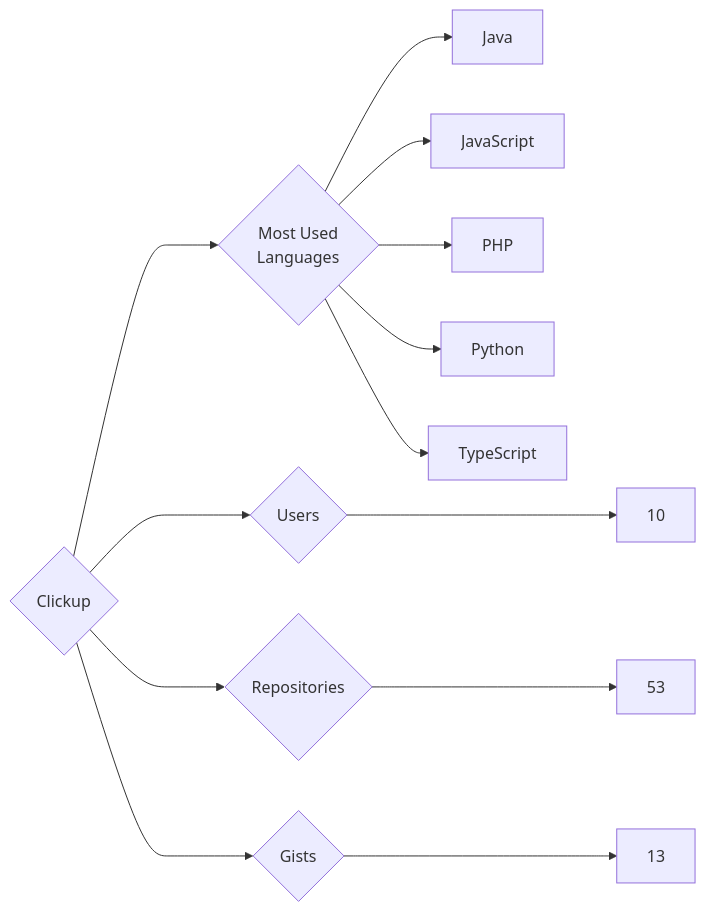
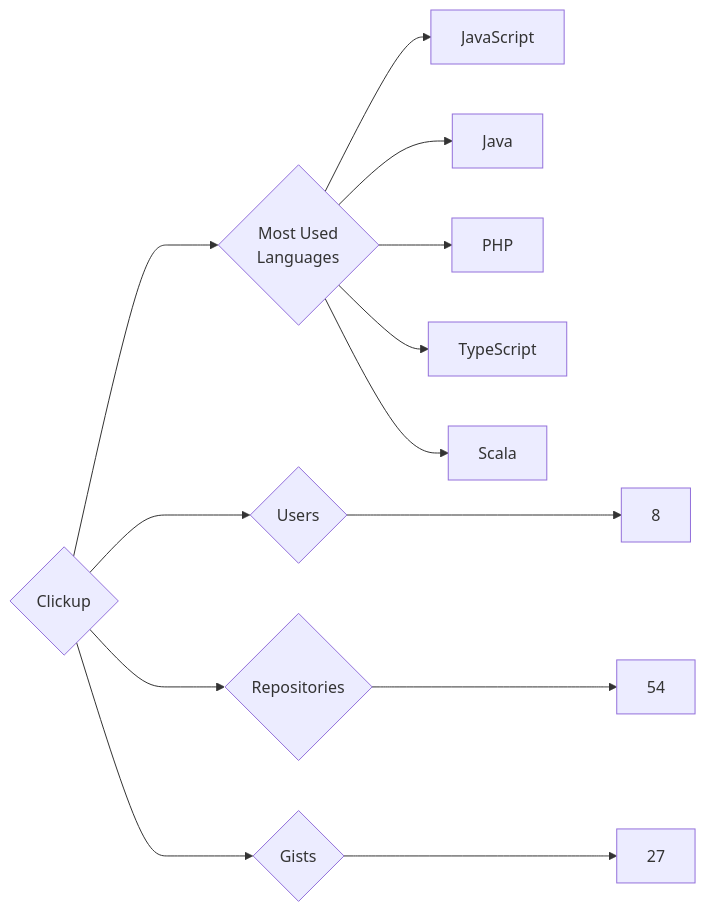
One commit to trickest/insiders changed the diagram in targets/Clickup/README.md. Above: the diagram before and after it, drawn with Mermaid. The commit also changed 1078 other files, not shown here.

````diff
--- a/targets/Clickup/README.md
+++ b/targets/Clickup/README.md
@@ -3,13 +3,13 @@
 ```mermaid
 graph LR
 COMPANY_NAME{Clickup}
-COMPANY_NAME ---> U{Users} ---> UN[10]
-COMPANY_NAME ---> R{Repositories} ---> RN[53]
-COMPANY_NAME ---> G{Gists} ---> GN[13]
+COMPANY_NAME ---> U{Users} ---> UN[8]
+COMPANY_NAME ---> R{Repositories} ---> RN[54]
+COMPANY_NAME ---> G{Gists} ---> GN[27]
 COMPANY_NAME ---> ML{Most Used<br>Languages}
+ML --> JavaScript[JavaScript]
 ML --> Java[Java]
-ML --> JavaScript[JavaScript]
 ML --> PHP[PHP]
-ML --> Python[Python]
 ML --> TypeScript[TypeScript]
+ML --> Scala[Scala]
 ```
````
